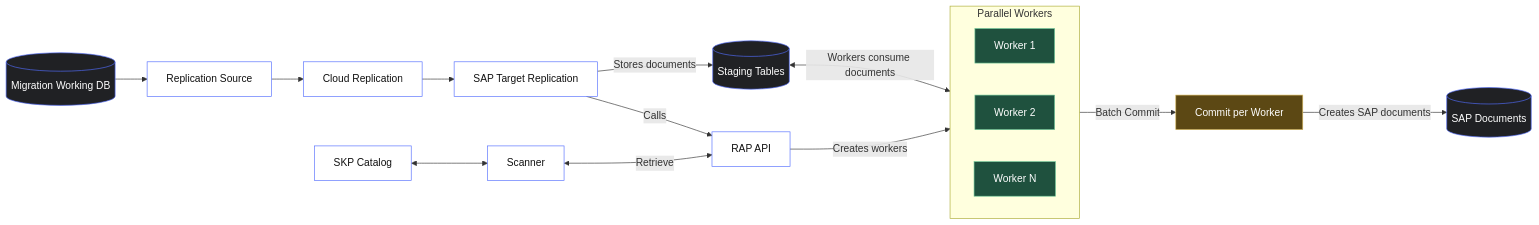
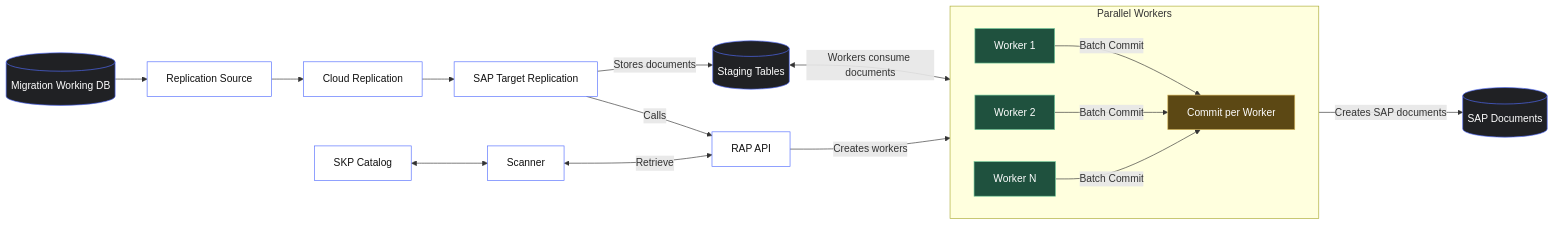
The diagram in Diagram/flow-staging.mmd (thiagobattaglin/thiagobattaglin), drawn with Mermaid before and after one commit. The commit also changed 34 other files, not shown here.

```diff
--- a/Diagram/flow-staging.mmd
+++ b/Diagram/flow-staging.mmd
@@ -1,33 +1,32 @@
 flowchart LR
     DB[(Migration Working DB)] --> Source[Replication Source]
     Source --> Cloud[Cloud Replication]
     Cloud --> Target[SAP Target Replication]
 
     Target -->|Stores documents| Staging[(Staging Tables)]
     Target -->|Calls| API[RAP API]
 
     Scanner <-->|Retrieve| API
     Catalog[SKP Catalog] <--> Scanner[Scanner]
 
     API -->|Creates workers| Workers
     Staging <-->|Workers consume documents| Workers
 
     subgraph Workers[Parallel Workers]
         direction LR
-        Worker1[Worker 1]
-        Worker2[Worker 2]
-        WorkerN[Worker N]
+        Worker1[Worker 1] -->|Batch Commit| Commit[Commit per Worker] 
+        Worker2[Worker 2] -->|Batch Commit| Commit[Commit per Worker] 
+        WorkerN[Worker N] -->|Batch Commit| Commit[Commit per Worker] 
     end
 
-    Workers -->|Batch Commit| Commit[Commit per Worker] 
     Commit -->|Creates SAP documents| Documents[(SAP Documents)]
 
     classDef service fill:#ffffff,stroke:#536dfe,color:#111111
     classDef storage fill:#202124,stroke:#536dfe,color:#ffffff
     classDef processing fill:#1f513e,stroke:#71c99a,color:#ffffff
     classDef commit fill:#5c4814,stroke:#d6b75c,color:#ffffff
 
     class DB,Staging,Documents storage
     class Source,Cloud,Target,API,Scanner,Catalog service
     class Worker1,Worker2,WorkerN processing
     class Commit commit
```
